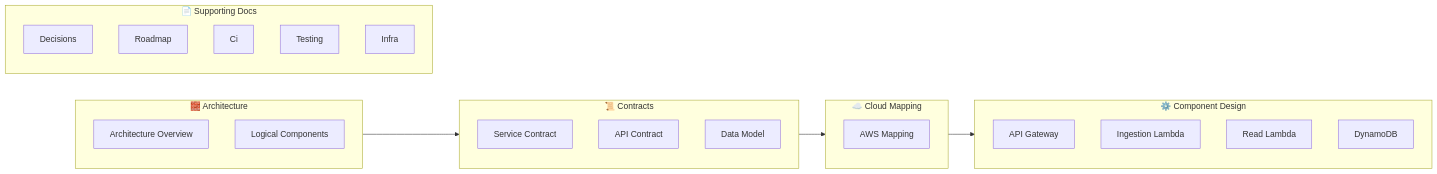
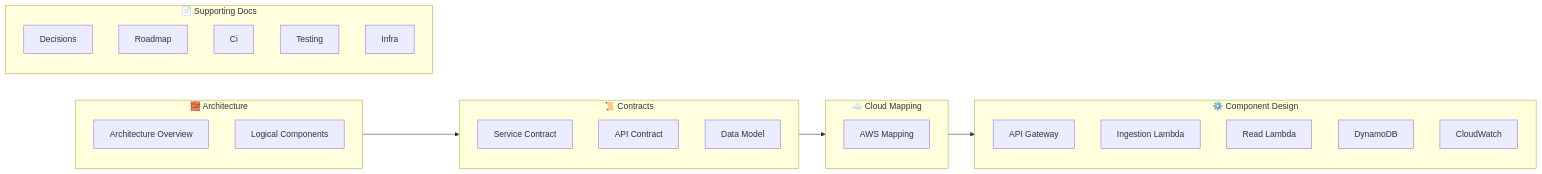
The diagram in docs/README.md (Kilianrm/cloud-events-platform), drawn with Mermaid before and after one commit. The commit also changed other lines of this file and 5 other files, not shown here.

````diff
--- a/docs/README.md
+++ b/docs/README.md
@@ -32,46 +32,47 @@
 ```mermaid
 flowchart LR
 
 %% ===== ARCHITECTURE =====
 subgraph ARCH["🧱 Architecture"]
   AO[Architecture Overview]
   LC[Logical Components]
 end
 
 %% ===== CONTRACTS =====
 subgraph CONTRACTS["📜 Contracts"]
   SC[Service Contract]
   API[API Contract]
   DM[Data Model]
 end
 
 %% ===== DESIGN / MAPPING =====
 subgraph DESIGN["☁️ Cloud Mapping"]
   CM[AWS Mapping]
 end
 
 %% ===== COMPONENTS =====
 subgraph COMPONENTS["⚙️ Component Design"]
   AGW[API Gateway]
   ING[Ingestion Lambda]
   READ[Read Lambda]
   DB[DynamoDB]
+  CW[CloudWatch]
 end
 
 
 %% ===== FLOW =====
 ARCH --> CONTRACTS
 CONTRACTS --> DESIGN
 DESIGN --> COMPONENTS
 
 %% ===== DOCUMENTS (NO FLOW) =====
 subgraph DOCS["📄 Supporting Docs"]
   ADR[Decisions]
   NFR[Roadmap]
   CI[Ci]
   TESTING[Testing]
   INFRA[Infra]
 end
 
 
 ```
````
